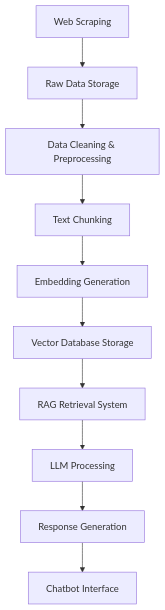
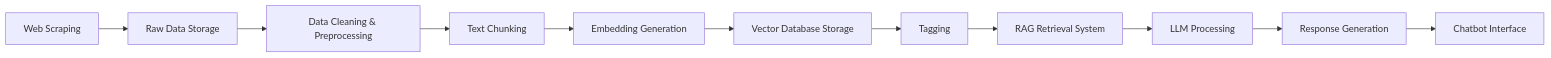
Before and after one commit to SorenAcevedo/tecnicas_avanzadas_llm: the second of 2 diagrams in README.md, drawn with Mermaid. The commit also changed other lines of this file and 45 other files, not shown here.

````diff
--- a/README.md
+++ b/README.md
@@ -156,12 +166,13 @@
 ```mermaid
-graph TB
-    A[Web Scraping] --> B[Raw Data Storage]
-    B --> C[Data Cleaning & Preprocessing]
-    C --> D[Text Chunking]
-    D --> E[Embedding Generation]
-    E --> F[Vector Database Storage]
-    F --> G[RAG Retrieval System]
-    G --> H[LLM Processing]
-    H --> I[Response Generation]
-    I --> J[Chatbot Interface]
+flowchart LR
+  A[Web Scraping] --> B[Raw Data Storage]
+  B --> C[Data Cleaning & Preprocessing]
+  C --> D[Text Chunking]
+  D --> E[Embedding Generation]
+  E --> F[Vector Database Storage]
+  F --> G[Tagging]
+  G --> H[RAG Retrieval System]
+  H --> I[LLM Processing]
+  I --> J[Response Generation]
+  J --> K[Chatbot Interface]
 ```
````
